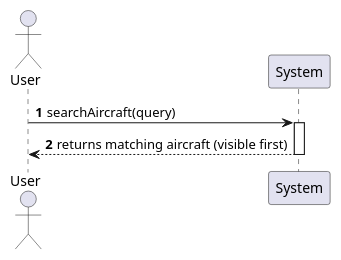
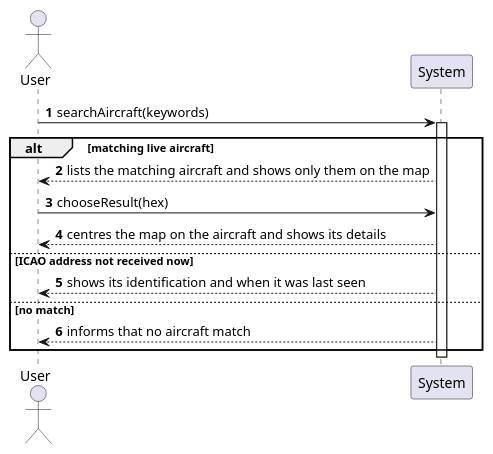
The diagram in docs/system-documentation/use-cases/US09/puml/ssd_us09.puml (miguelsiilva1/SkyTracer), drawn with PlantUML before and after one commit. The commit also changed 21 other files, not shown here.

First line of the commit message:
feat(app): add aircraft search and quick filters

```diff
--- a/docs/system-documentation/use-cases/US09/puml/ssd_us09.puml
+++ b/docs/system-documentation/use-cases/US09/puml/ssd_us09.puml
@@ -1,10 +1,18 @@
 @startuml
 autonumber
 actor "User" as A
 participant "System" as S
 
-A -> S : searchAircraft(query)
+A -> S : searchAircraft(keywords)
 activate S
-S --> A : returns matching aircraft (visible first)
+alt matching live aircraft
+  S --> A : lists the matching aircraft and shows only them on the map
+  A -> S : chooseResult(hex)
+  S --> A : centres the map on the aircraft and shows its details
+else ICAO address not received now
+  S --> A : shows its identification and when it was last seen
+else no match
+  S --> A : informs that no aircraft match
+end
 deactivate S
 @enduml
```
